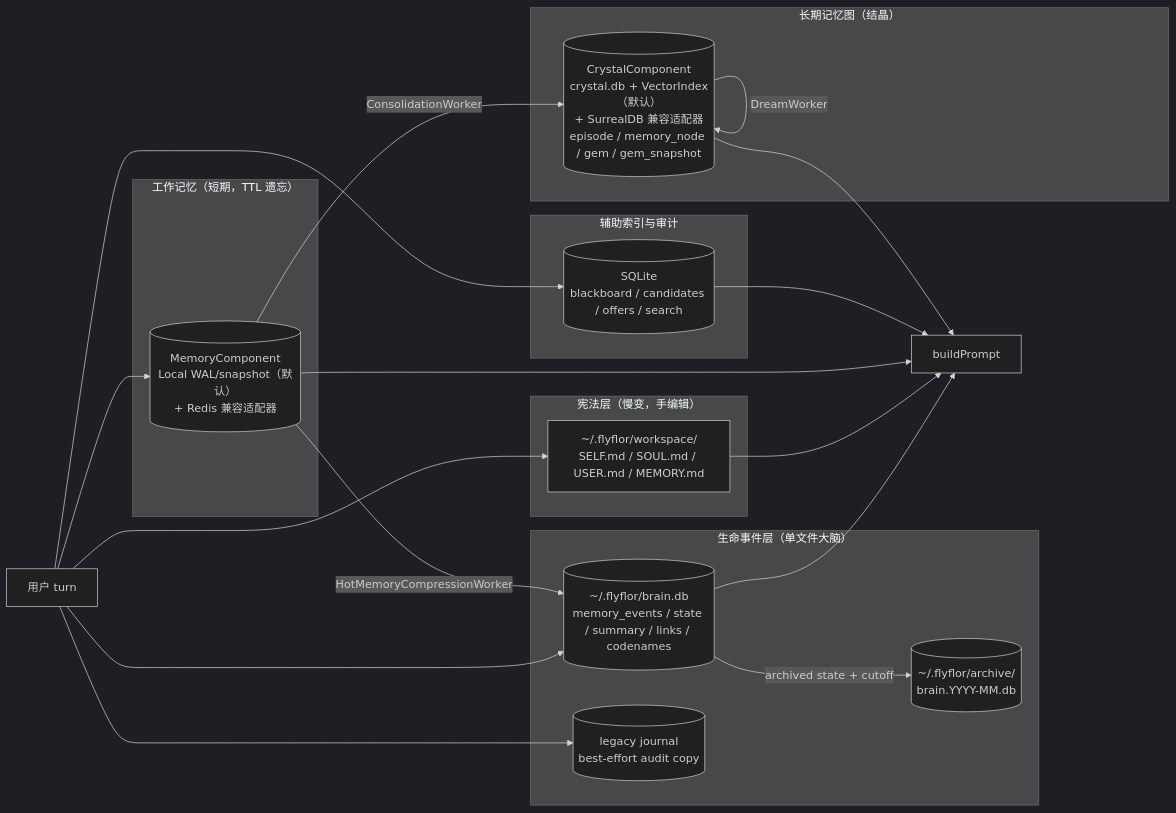
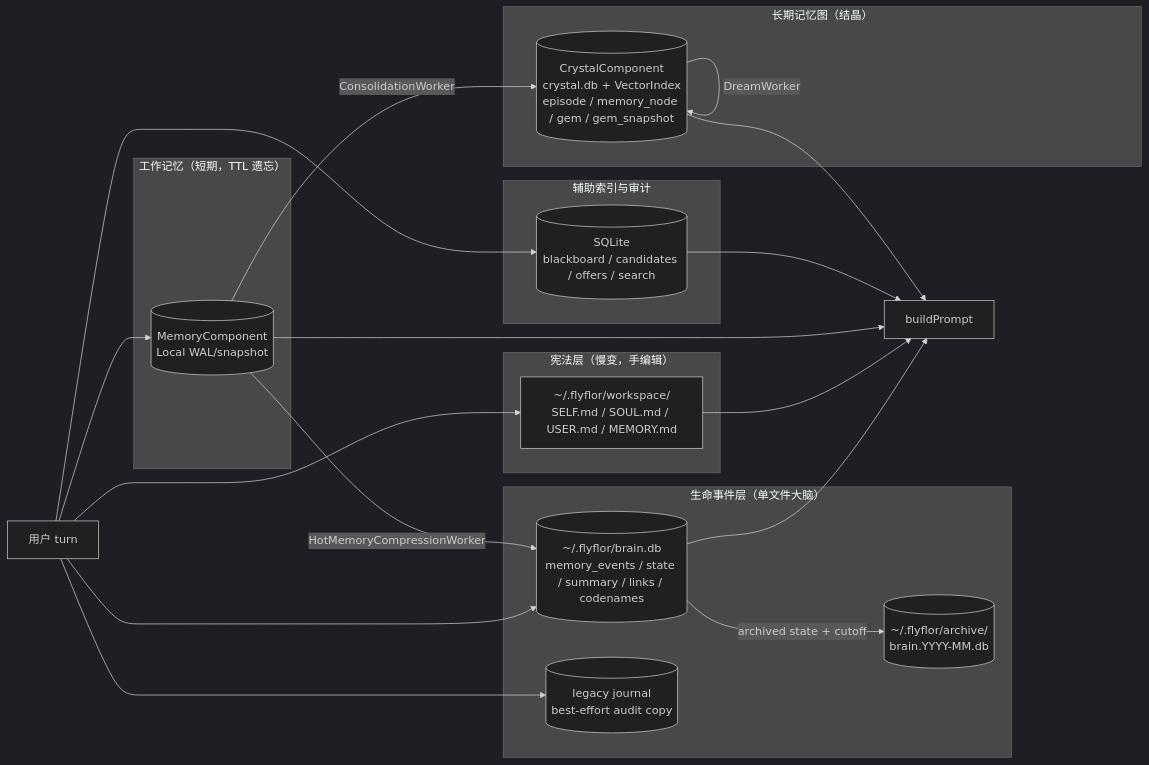
The first of 5 diagrams in docs/memory.system.md (flyflor/flyflor), drawn with Mermaid (dark theme) before and after one commit. The commit also changed other lines of this file and 60 other files, not shown here.

````diff
--- a/docs/memory.system.md
+++ b/docs/memory.system.md
@@ -32,39 +30,39 @@
 ```mermaid
 flowchart LR
     subgraph Constitutional["宪法层（慢变，手编辑）"]
         Markdown["~/.flyflor/workspace/<br/>SELF.md / SOUL.md / USER.md / MEMORY.md"]
     end
 
     subgraph Working["工作记忆（短期，TTL 遗忘）"]
-        Work[("MemoryComponent<br/>Local WAL/snapshot（默认）<br/>+ Redis 兼容适配器")]
+        Work[("MemoryComponent<br/>Local WAL/snapshot")]
     end
 
     subgraph Life["生命事件层（单文件大脑）"]
         Brain[("~/.flyflor/brain.db<br/>memory_events / state / summary / links / codenames")]
         Archive[("~/.flyflor/archive/<br/>brain.YYYY-MM.db")]
         Journal[("legacy journal<br/>best-effort audit copy")]
     end
 
     subgraph Index["辅助索引与审计"]
         SQLite[("SQLite<br/>blackboard / candidates / offers / search")]
     end
 
     subgraph LongTerm["长期记忆图（结晶）"]
-        Crystal[("CrystalComponent<br/>crystal.db + VectorIndex（默认）<br/>+ SurrealDB 兼容适配器<br/>episode / memory_node / gem / gem_snapshot")]
+        Crystal[("CrystalComponent<br/>crystal.db + VectorIndex<br/>episode / memory_node / gem / gem_snapshot")]
     end
 
     User["用户 turn"] --> Brain
     Brain -- archived state + cutoff --> Archive
     User --> Journal
     User --> Work
     Work -- ConsolidationWorker --> Crystal
     Work -- HotMemoryCompressionWorker --> Brain
     Crystal -- DreamWorker --> Crystal
     User --> Markdown
     User --> SQLite
     Markdown --> Prompt["buildPrompt"]
     Brain --> Prompt
     Work --> Prompt
     Crystal --> Prompt
     SQLite --> Prompt
 ```
````
